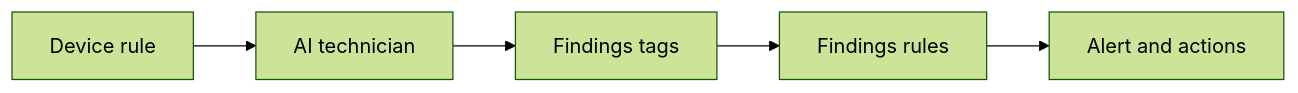
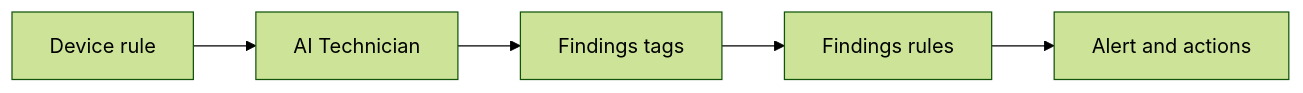
The diagram in docs/Software/Profinity/Profinity_AI/AI_Technicians/How_AI_Technicians_Work.md (Prohelion/prohelion.github.io), drawn with Mermaid (forest theme) before and after one commit. The commit also changed other lines of this file and 31 other files, not shown here.

````diff
--- a/docs/Software/Profinity/Profinity_AI/AI_Technicians/How_AI_Technicians_Work.md
+++ b/docs/Software/Profinity/Profinity_AI/AI_Technicians/How_AI_Technicians_Work.md
@@ -32,7 +33,7 @@
 ```mermaid
 flowchart LR
-    Device["Device rule"] --> Technician["AI technician"]
+    Device["Device rule"] --> Technician["AI Technician"]
     Technician --> Findings["Findings tags"]
     Findings --> Rule["Findings rules"]
     Rule --> Alert["Alert and actions"]
 ```
````
